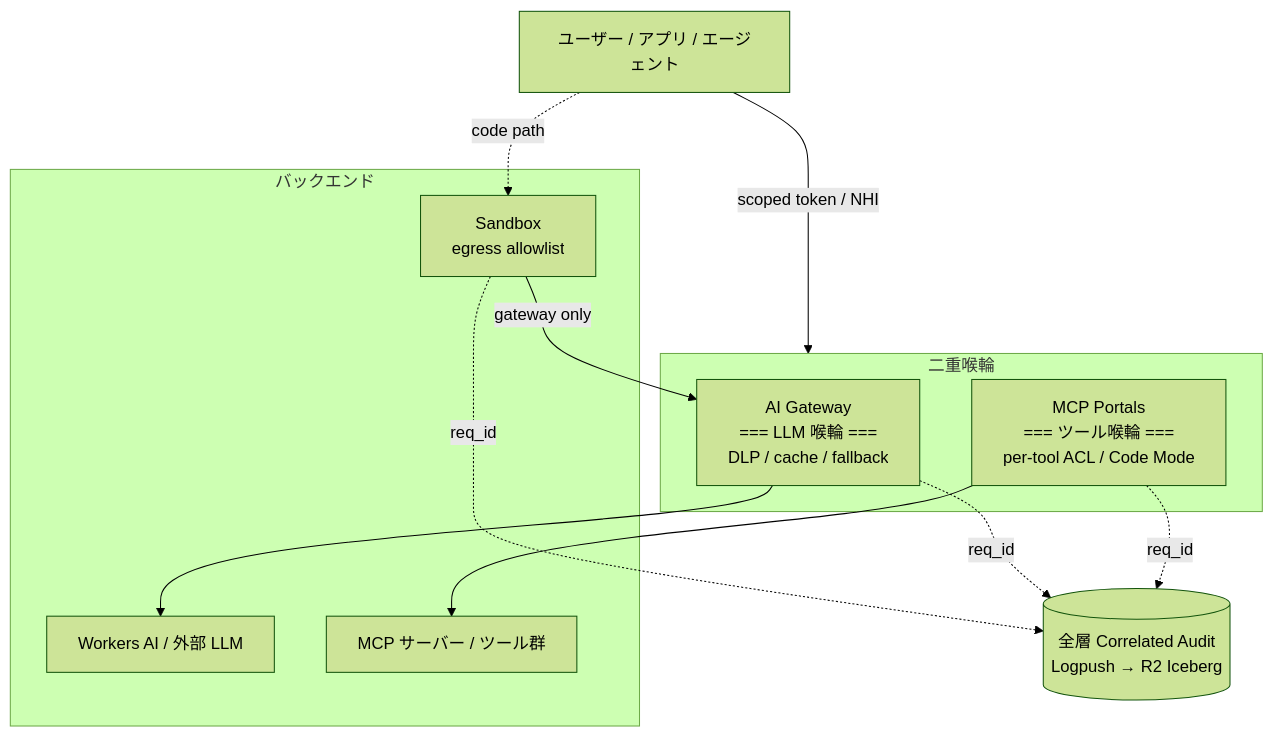
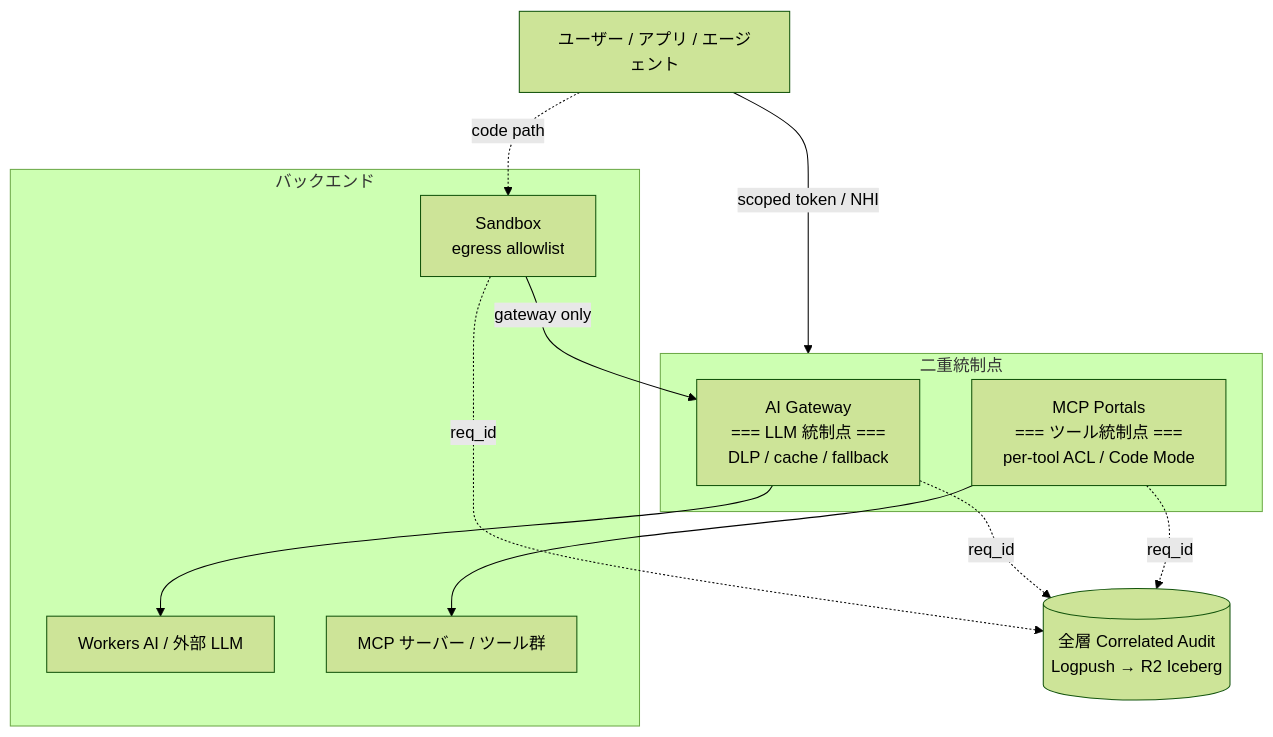
Before and after one commit to ta93abe/slides: the diagram in contents/cloudflare-data-platform/pages/10-ai-sprawl.md, drawn with Mermaid (forest theme). The commit also changed other lines of this file and 7 other files, not shown here.

````diff
--- a/contents/cloudflare-data-platform/pages/10-ai-sprawl.md
+++ b/contents/cloudflare-data-platform/pages/10-ai-sprawl.md
@@ -76,26 +76,26 @@
 ```mermaid
 graph TB
     USER[ユーザー / アプリ / エージェント]
 
-    subgraph CTRL["二重喉輪"]
-      AIGW["AI Gateway<br/>=== LLM 喉輪 ===<br/>DLP / cache / fallback"]
-      MCPP["MCP Portals<br/>=== ツール喉輪 ===<br/>per-tool ACL / Code Mode"]
+    subgraph CTRL["二重統制点"]
+      AIGW["AI Gateway<br/>=== LLM 統制点 ===<br/>DLP / cache / fallback"]
+      MCPP["MCP Portals<br/>=== ツール統制点 ===<br/>per-tool ACL / Code Mode"]
     end
 
     subgraph BACKEND["バックエンド"]
       LLM[Workers AI / 外部 LLM]
       TOOLS[MCP サーバー / ツール群]
       SBX[Sandbox<br/>egress allowlist]
     end
 
     AUDIT[(全層 Correlated Audit<br/>Logpush → R2 Iceberg)]
 
     USER -->|scoped token / NHI| CTRL
     AIGW --> LLM
     MCPP --> TOOLS
     USER -.code path.-> SBX
     SBX -->|gateway only| AIGW
     AIGW -.req_id.-> AUDIT
     MCPP -.req_id.-> AUDIT
     SBX -.req_id.-> AUDIT
 ```
````
